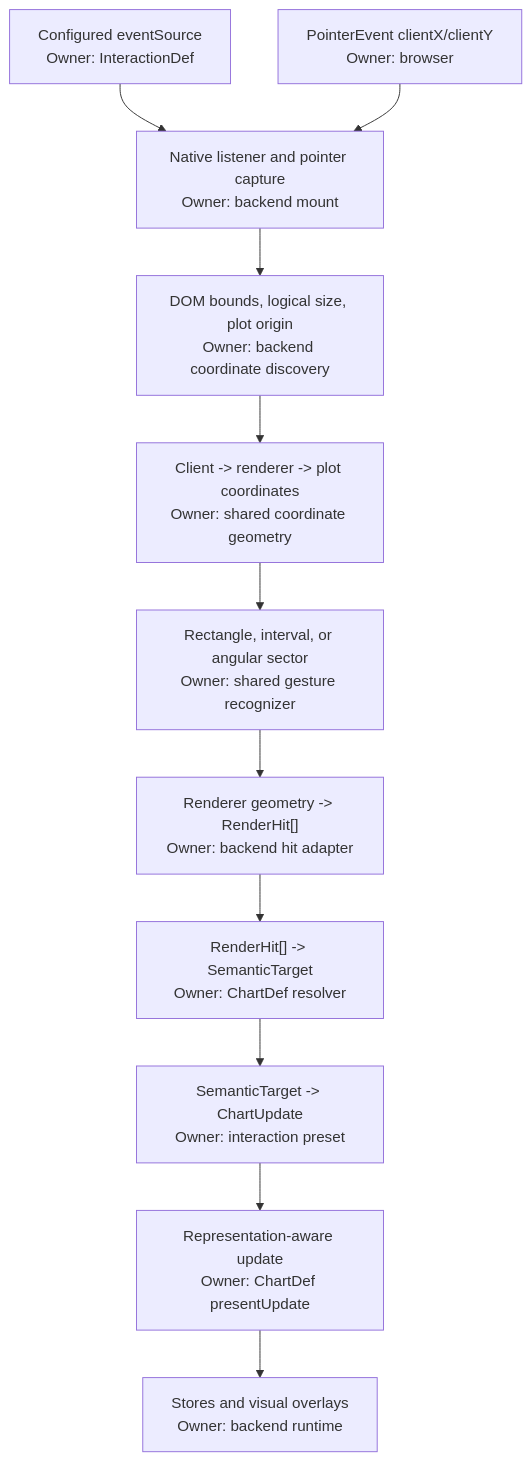
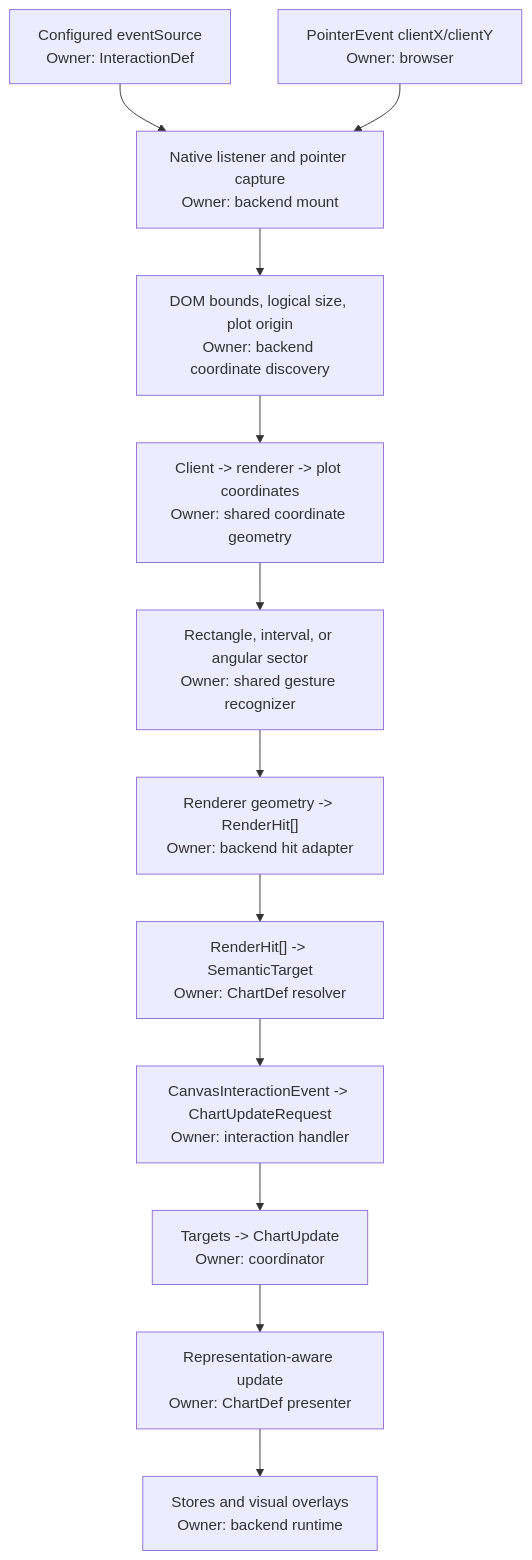
The fifth of 5 diagrams in packages/flint-js/src/interactive/README.md (microsoft/flint-chart), drawn with Mermaid before and after one commit. The commit also changed other lines of this file and 73 other files, not shown here.

````diff
--- a/packages/flint-js/src/interactive/README.md
+++ b/packages/flint-js/src/interactive/README.md
@@ -399,14 +576,15 @@
 ```mermaid
 flowchart TD
     Source["Configured eventSource<br/>Owner: InteractionDef"] --> Capture
     Pointer["PointerEvent clientX/clientY<br/>Owner: browser"] --> Capture
     Capture["Native listener and pointer capture<br/>Owner: backend mount"] --> Measure
     Measure["DOM bounds, logical size, plot origin<br/>Owner: backend coordinate discovery"] --> Convert
     Convert["Client -> renderer -> plot coordinates<br/>Owner: shared coordinate geometry"] --> Gesture
     Gesture["Rectangle, interval, or angular sector<br/>Owner: shared gesture recognizer"] --> Hits
     Hits["Renderer geometry -> RenderHit[]<br/>Owner: backend hit adapter"] --> Resolve
-    Resolve["RenderHit[] -> SemanticTarget<br/>Owner: ChartDef resolver"] --> Policy
-    Policy["SemanticTarget -> ChartUpdate<br/>Owner: interaction preset"] --> Present
-    Present["Representation-aware update<br/>Owner: ChartDef presentUpdate"] --> Apply
+    Resolve["RenderHit[] -> SemanticTarget<br/>Owner: ChartDef resolver"] --> Handler
+    Handler["CanvasInteractionEvent -> ChartUpdateRequest<br/>Owner: interaction handler"] --> ResolveUpdate
+    ResolveUpdate["Targets -> ChartUpdate<br/>Owner: coordinator"] --> Present
+    Present["Representation-aware update<br/>Owner: ChartDef presenter"] --> Apply
     Apply["Stores and visual overlays<br/>Owner: backend runtime"]
 ```
````
